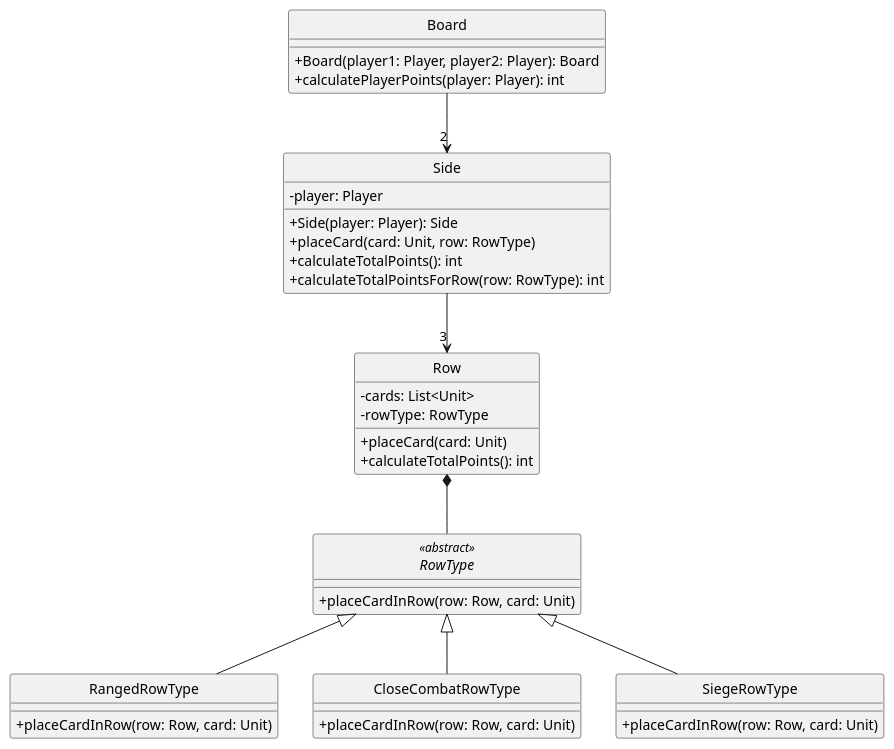
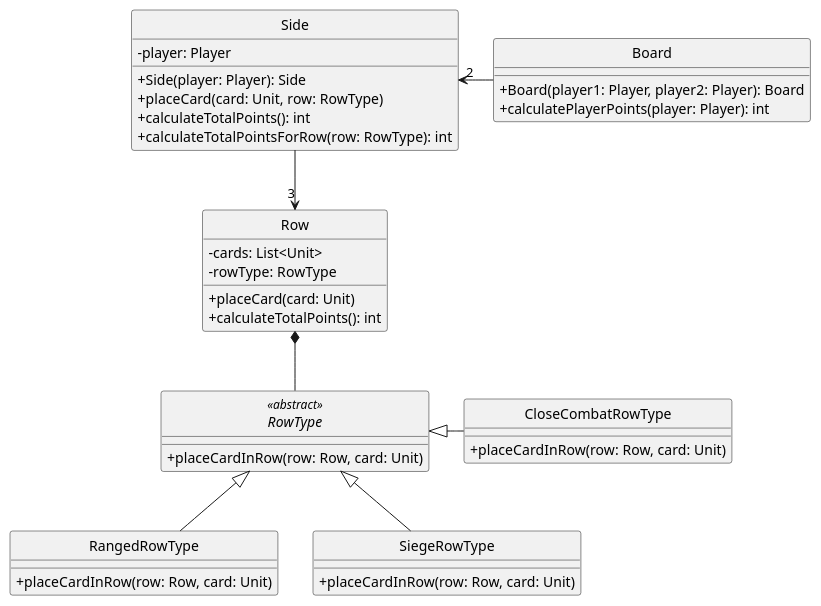
The diagram in diagrams/classes/board.plantuml (Yonhir/algo3_proyecto_base_tp2), drawn with PlantUML before and after one commit. The commit also changed 1 other file, not shown here.

Commit message:
Update board diagram

```diff
--- a/diagrams/classes/board.plantuml
+++ b/diagrams/classes/board.plantuml
@@ -1,58 +1,62 @@
 @startuml
 
 skinparam monochrome true
 hide circle
 skinparam classAttributeIconSize 0
 
 
 ' =====================
 ' BOARD
 ' =====================
 class Board {
   +Board(player1: Player, player2: Player): Board
   +calculatePlayerPoints(player: Player): int
 }
 
 class Side {
   -player: Player
   +Side(player: Player): Side
   +placeCard(card: Unit, row: RowType)
   +calculateTotalPoints(): int
   +calculateTotalPointsForRow(row: RowType): int
 }
 
 abstract class RowType <<abstract>> {
   +placeCardInRow(row: Row, card: Unit)
 }
 
-class RangedRowType extends RowType {
+class RangedRowType {
   +placeCardInRow(row: Row, card: Unit)
 }
 
-class CloseCombatRowType extends RowType {
+class CloseCombatRowType {
   +placeCardInRow(row: Row, card: Unit)
 }
 
-class SiegeRowType extends RowType {
+class SiegeRowType {
   +placeCardInRow(row: Row, card: Unit)
 }
 
 class Row {
   -cards: List<Unit>
   -rowType: RowType
   +placeCard(card: Unit)
   +calculateTotalPoints(): int
 }
 
 ' =====================
 ' RELATIONSHIPS
 ' =====================
 
 
-Board --> "2" Side
+Side "2" <- Board
 
 Side --> "3" Row
 
 Row *-- RowType
 
+RowType <|- CloseCombatRowType
+RowType <|-- RangedRowType
+RowType <|-- SiegeRowType
+
 @enduml
```
